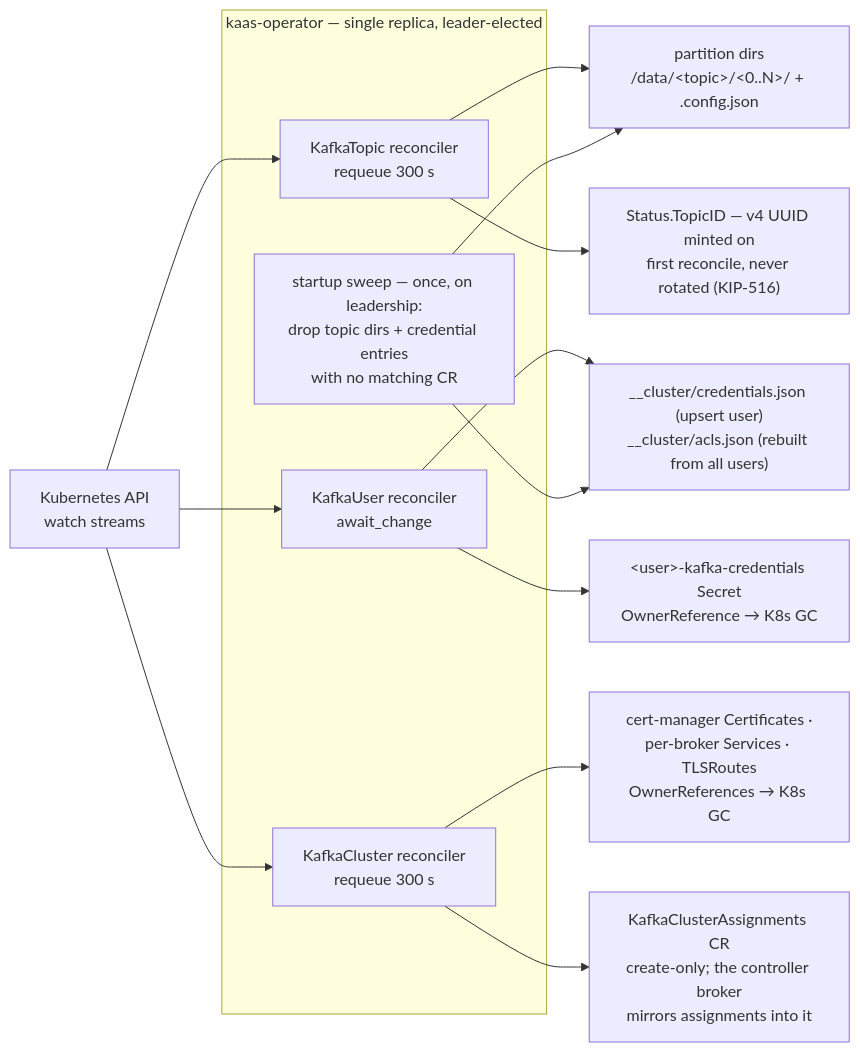
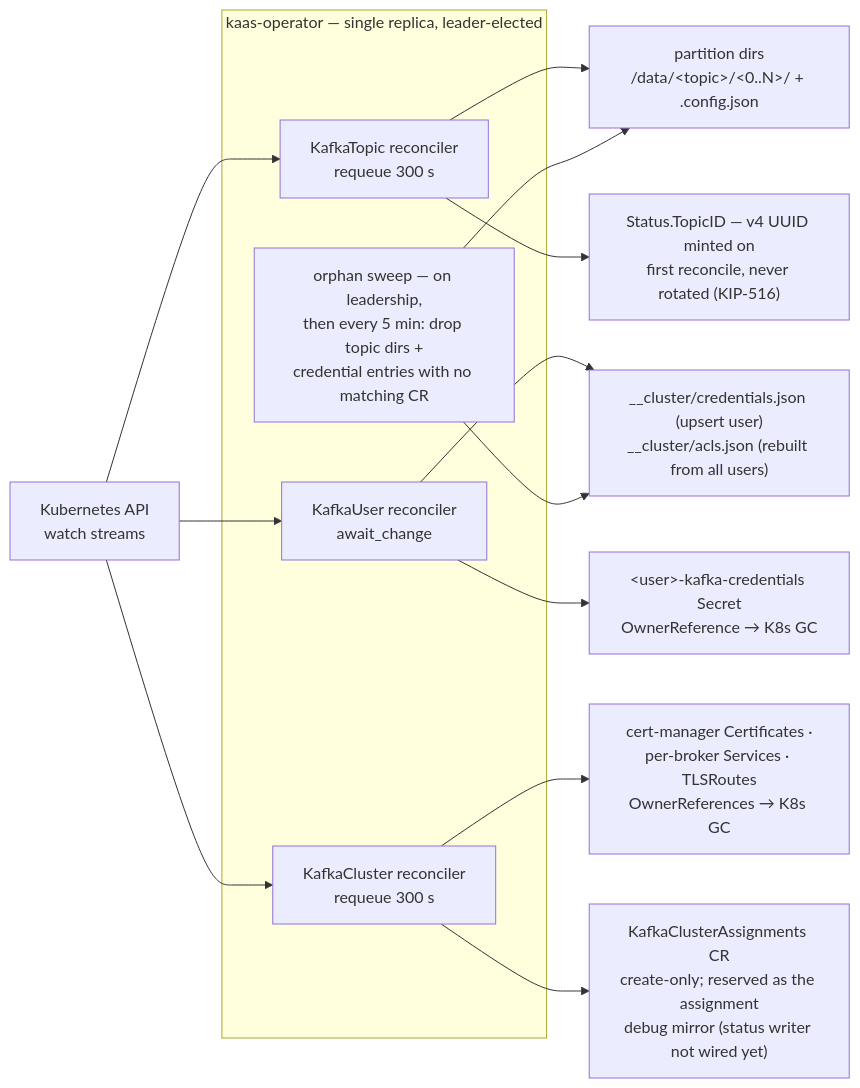
One commit to kaas-rs/kaas changed the diagram in docs/src/architecture/kubernetes.md. Above: the diagram before and after it, drawn with Mermaid. The commit also changed other lines of this file and 48 other files, not shown here.

First line of the commit message:
docs: full staleness audit — fix ~70 findings across book, CLAUDE.md, chart docs

````diff
--- a/docs/src/architecture/kubernetes.md
+++ b/docs/src/architecture/kubernetes.md
@@ -57,24 +66,24 @@
 ```mermaid
 flowchart LR
     api["Kubernetes API<br/>watch streams"]
 
     subgraph operator["kaas-operator — single replica, leader-elected"]
         rt["KafkaTopic reconciler<br/>requeue 300 s"]
         ru["KafkaUser reconciler<br/>await_change"]
         rc["KafkaCluster reconciler<br/>requeue 300 s"]
-        sweep["startup sweep — once, on leadership:<br/>drop topic dirs + credential entries<br/>with no matching CR"]
+        sweep["orphan sweep — on leadership,<br/>then every 5 min: drop topic dirs +<br/>credential entries with no matching CR"]
     end
 
     api --> rt
     api --> ru
     api --> rc
 
     rt --> dirs["partition dirs<br/>/data/&lt;topic&gt;/&lt;0..N&gt;/ + .config.json"]
     rt --> tstat["Status.TopicID — v4 UUID minted on<br/>first reconcile, never rotated (KIP-516)"]
     ru --> creds["__cluster/credentials.json (upsert user)<br/>__cluster/acls.json (rebuilt from all users)"]
     ru --> secret["&lt;user&gt;-kafka-credentials Secret<br/>OwnerReference → K8s GC"]
     rc --> plumbing["cert-manager Certificates ·<br/>per-broker Services · TLSRoutes<br/>OwnerReferences → K8s GC"]
-    rc --> kca["KafkaClusterAssignments CR<br/>create-only; the controller broker<br/>mirrors assignments into it"]
+    rc --> kca["KafkaClusterAssignments CR<br/>create-only; reserved as the assignment<br/>debug mirror (status writer not wired yet)"]
     sweep --> dirs
     sweep --> creds
 ```
````
